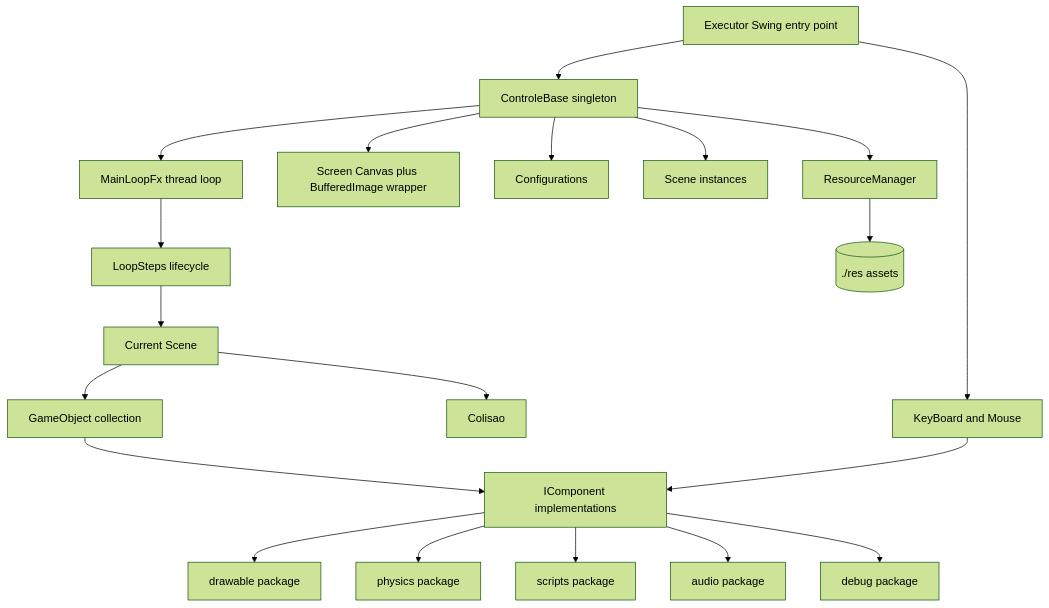
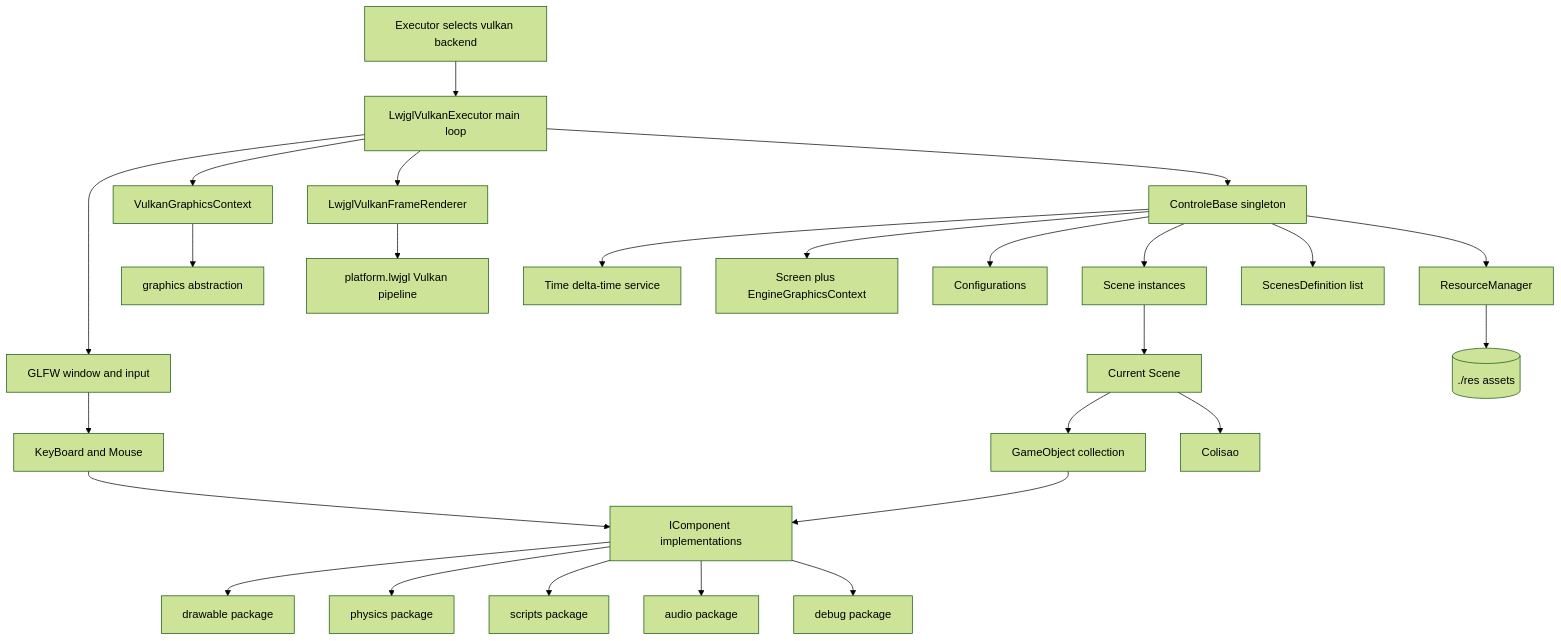
One commit to JunioDutra/enginefx changed the first of 6 diagrams in Project_Architecture_Blueprint.md. Above: the diagram before and after it, drawn with Mermaid (forest theme). The commit also changed other lines of this file and 1 other file, not shown here.

Commit message:
Update architecture documentation to reflect Vulkan backend integration and remove JavaFX references

````diff
--- a/Project_Architecture_Blueprint.md
+++ b/Project_Architecture_Blueprint.md
@@ -37,25 +43,32 @@
 ```mermaid
 flowchart TD
-    Executor[Executor Swing entry point] --> ControleBase[ControleBase singleton]
-    ControleBase --> MainLoopFx[MainLoopFx thread loop]
-    ControleBase --> Screen[Screen Canvas plus BufferedImage wrapper]
+    Executor[Executor selects vulkan backend] --> VkExec[LwjglVulkanExecutor main loop]
+    VkExec --> GLFW[GLFW window and input]
+    VkExec --> VkCtx[VulkanGraphicsContext]
+    VkExec --> Renderer[LwjglVulkanFrameRenderer]
+    VkExec --> ControleBase[ControleBase singleton]
+
+    ControleBase --> Time[Time delta-time service]
+    ControleBase --> Screen[Screen plus EngineGraphicsContext]
     ControleBase --> Config[Configurations]
     ControleBase --> SceneList[Scene instances]
+    ControleBase --> SceneDefs[ScenesDefinition list]
 
-    MainLoopFx --> LoopSteps[LoopSteps lifecycle]
-    LoopSteps --> Scene[Current Scene]
+    SceneList --> Scene[Current Scene]
     Scene --> GameObject[GameObject collection]
     GameObject --> Components[IComponent implementations]
 
     Components --> Drawable[drawable package]
     Components --> Physics[physics package]
     Components --> Scripts[scripts package]
     Components --> Audio[audio package]
     Components --> Debug[debug package]
 
+    Renderer --> VkPlatform[platform.lwjgl Vulkan pipeline]
+    VkCtx --> Graphics[graphics abstraction]
     ControleBase --> ResourceManager[ResourceManager]
     ResourceManager --> Res[(./res assets)]
     Scene --> Collision[Colisao]
-    Executor --> Input[KeyBoard and Mouse]
+    GLFW --> Input[KeyBoard and Mouse]
     Input --> Components
 ```
````
